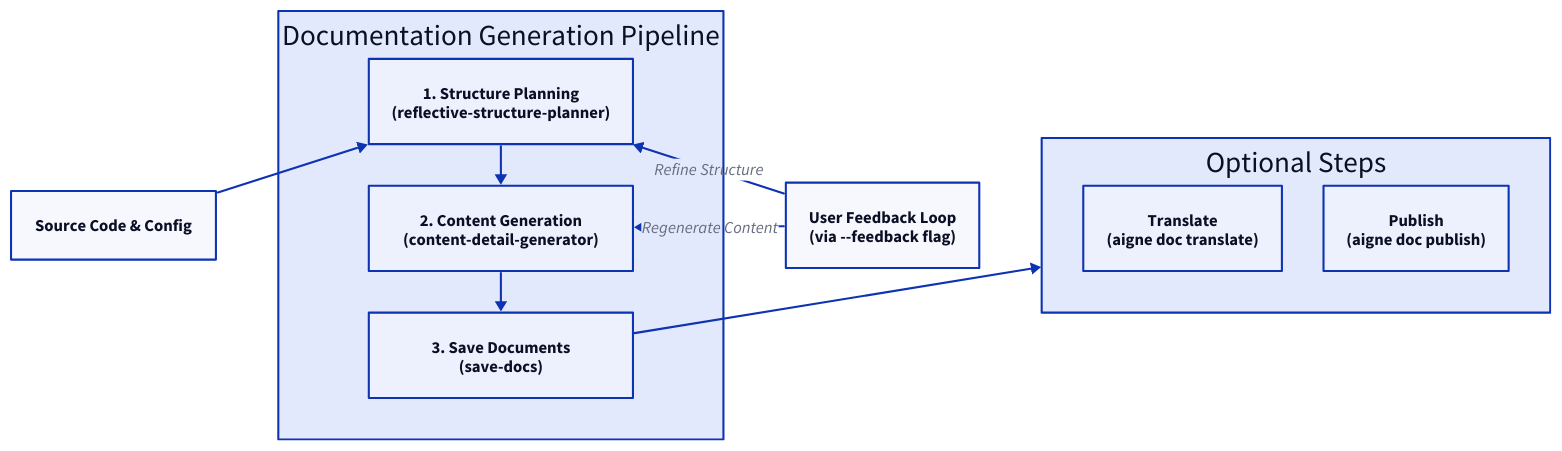
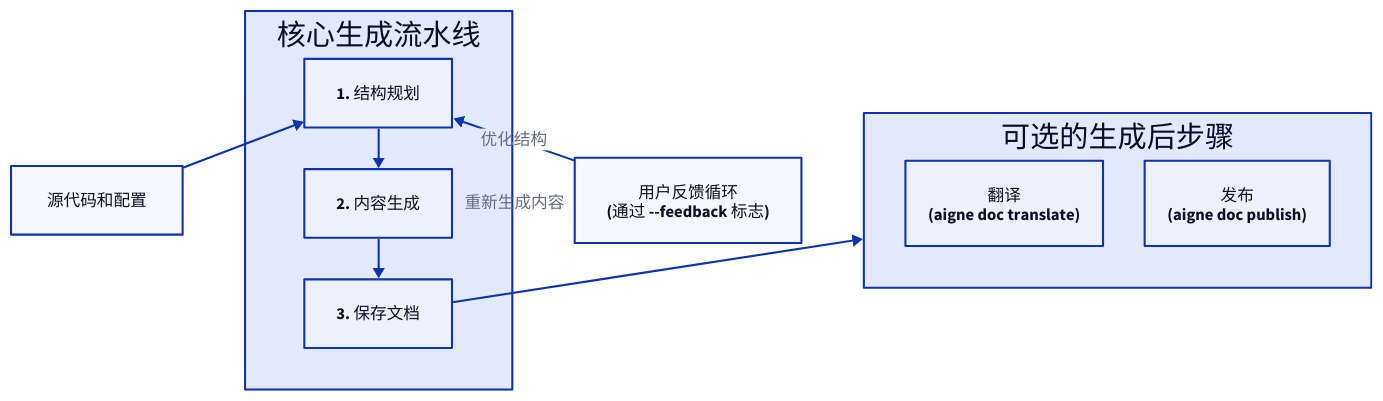
Before and after one commit to AIGNE-io/aigne-doc-smith: the diagram in docs/advanced-how-it-works.zh.md, drawn with D2. The commit also changed other lines of this file and 27 other files, not shown here.

````diff
--- a/docs/advanced-how-it-works.zh.md
+++ b/docs/advanced-how-it-works.zh.md
@@ -11,60 +13,60 @@
 ```d2
 direction: down
 
 Input: {
-  label: "Source Code & Config"
+  label: "源代码和配置"
   shape: rectangle
 }
 
 Pipeline: {
-  label: "Documentation Generation Pipeline"
+  label: "核心生成流水线"
   shape: rectangle
   grid-columns: 1
   grid-gap: 40
 
   Structure-Planning: {
-    label: "1. Structure Planning\n(reflective-structure-planner)"
+    label: "1. 结构规划"
     shape: rectangle
   }
 
   Content-Generation: {
-    label: "2. Content Generation\n(content-detail-generator)"
+    label: "2. 内容生成"
     shape: rectangle
   }
 
   Saving: {
-    label: "3. Save Documents\n(save-docs)"
+    label: "3. 保存文档"
     shape: rectangle
   }
 }
 
 User-Feedback: {
-  label: "User Feedback Loop\n(via --feedback flag)"
+  label: "用户反馈循环\n(通过 --feedback 标志)"
   shape: rectangle
 }
 
 Optional-Steps: {
-  label: "Optional Steps"
+  label: "可选的生成后步骤"
   shape: rectangle
   grid-columns: 2
   grid-gap: 40
   
   Translation: {
-    label: "Translate\n(aigne doc translate)"
+    label: "翻译\n(aigne doc translate)"
     shape: rectangle
   }
 
   Publishing: {
-    label: "Publish\n(aigne doc publish)"
+    label: "发布\n(aigne doc publish)"
     shape: rectangle
   }
 }
 
 Input -> Pipeline.Structure-Planning
 Pipeline.Structure-Planning -> Pipeline.Content-Generation
 Pipeline.Content-Generation -> Pipeline.Saving
 Pipeline.Saving -> Optional-Steps
 
-User-Feedback -> Pipeline.Structure-Planning: "Refine Structure"
-User-Feedback -> Pipeline.Content-Generation: "Regenerate Content"
+User-Feedback -> Pipeline.Structure-Planning: "优化结构"
+User-Feedback -> Pipeline.Content-Generation: "重新生成内容"
 ```
````
